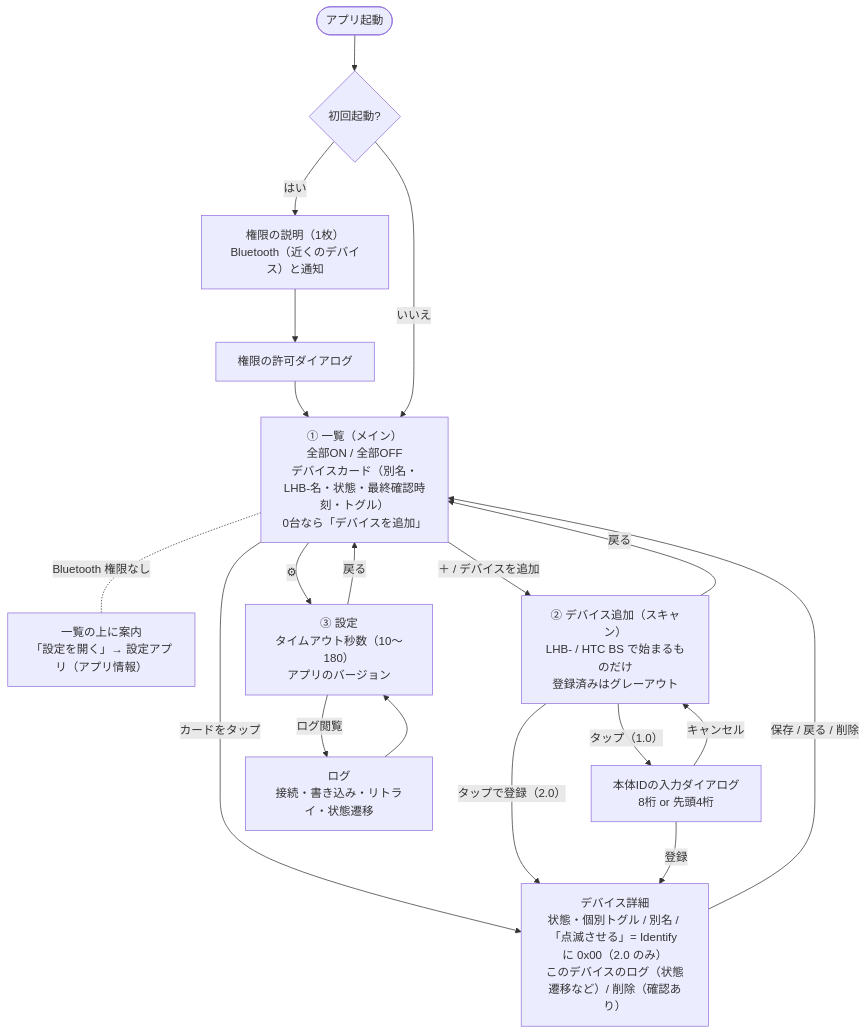
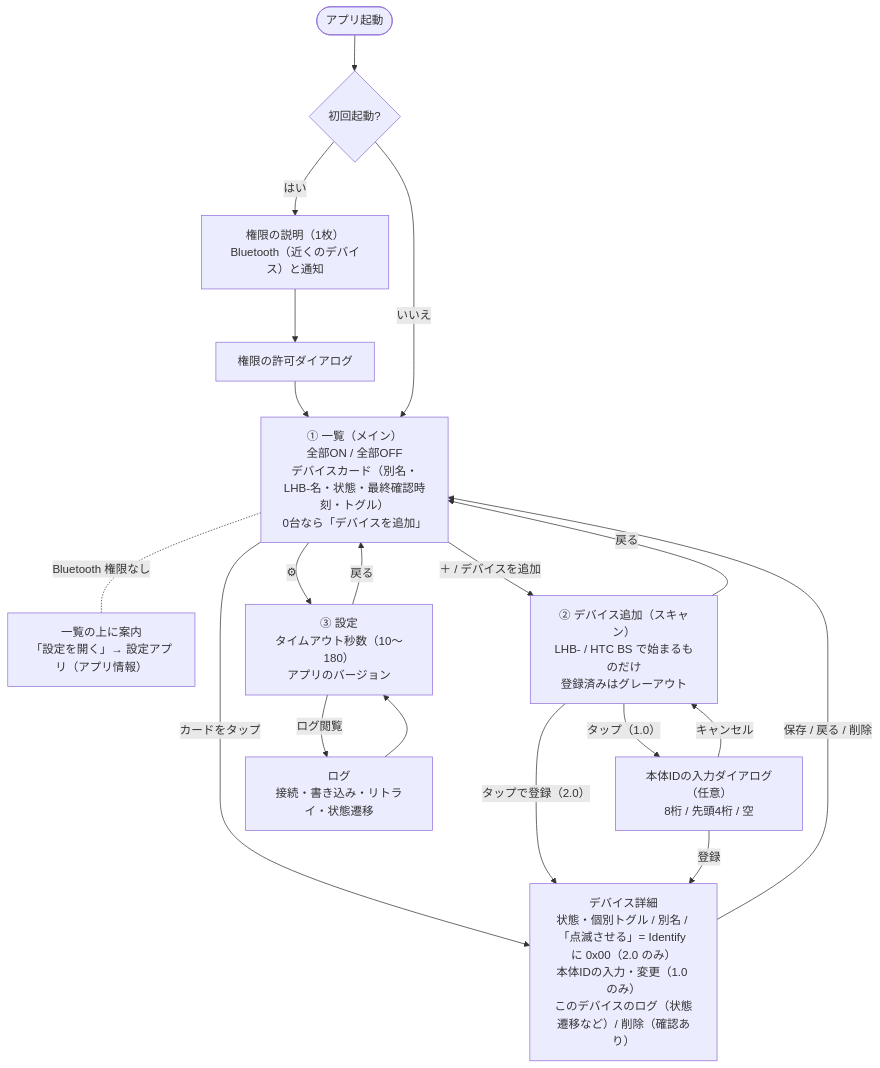
Before and after one commit to zeusisgood/lighthouse-keeper: the diagram in docs/architecture/04-screen-flow.md, drawn with Mermaid. The commit also changed other lines of this file and 9 other files, not shown here.

````diff
--- a/docs/architecture/04-screen-flow.md
+++ b/docs/architecture/04-screen-flow.md
@@ -5,25 +5,25 @@
 ```mermaid
 flowchart TB
     Start([アプリ起動]) --> First{初回起動?}
     First -- はい --> Explain["権限の説明（1枚）<br/>Bluetooth（近くのデバイス）と通知"]
     Explain --> Dialog["権限の許可ダイアログ"]
     Dialog --> List
     First -- いいえ --> List
 
     List["① 一覧（メイン）<br/>全部ON / 全部OFF<br/>デバイスカード（別名・LHB-名・状態・最終確認時刻・トグル）<br/>0台なら「デバイスを追加」"]
     List -. "Bluetooth 権限なし" .- Banner["一覧の上に案内<br/>「設定を開く」→ 設定アプリ（アプリ情報）"]
     List -- "カードをタップ" --> Detail
 
     List -- "＋ / デバイスを追加" --> Scan["② デバイス追加（スキャン）<br/>LHB- / HTC BS で始まるものだけ<br/>登録済みはグレーアウト"]
-    Scan -- "タップで登録（2.0）" --> Detail["デバイス詳細<br/>状態・個別トグル / 別名 / 「点滅させる」= Identify に 0x00（2.0 のみ）<br/>このデバイスのログ（状態遷移など）/ 削除（確認あり）"]
-    Scan -- "タップ（1.0）" --> AskId["本体IDの入力ダイアログ<br/>8桁 or 先頭4桁"]
+    Scan -- "タップで登録（2.0）" --> Detail["デバイス詳細<br/>状態・個別トグル / 別名 / 「点滅させる」= Identify に 0x00（2.0 のみ）<br/>本体IDの入力・変更（1.0 のみ）<br/>このデバイスのログ（状態遷移など）/ 削除（確認あり）"]
+    Scan -- "タップ（1.0）" --> AskId["本体IDの入力ダイアログ（任意）<br/>8桁 / 先頭4桁 / 空"]
     AskId -- "登録" --> Detail
     AskId -- "キャンセル" --> Scan
     Detail -- "保存 / 戻る / 削除" --> List
     Scan -- "戻る" --> List
 
     List -- "⚙" --> Settings["③ 設定<br/>タイムアウト秒数（10〜180）<br/>アプリのバージョン"]
     Settings -- "ログ閲覧" --> Log["ログ<br/>接続・書き込み・リトライ・状態遷移"]
     Log --> Settings
     Settings -- "戻る" --> List
 ```
````
